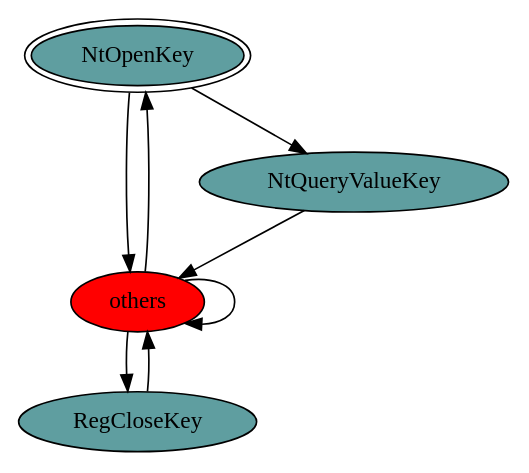
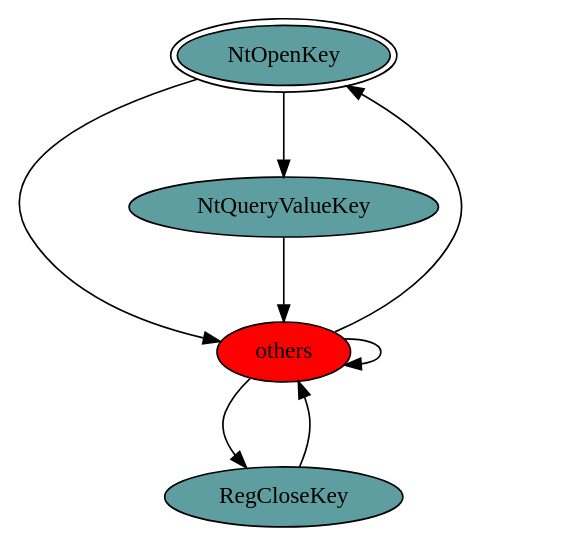
Before and after one commit to reverseame/windows-behavior-catalog: the diagram in [OC0008] Operating System/[C0036] Registry/[C0036.003] Open Registry Key/gv/RegOpenCurrentUser.exe_5408_Registry_API_per_Category_Transition_Matrix.gv, drawn with Graphviz. The commit also changed 220 other files, not shown here.

```diff
--- a/[OC0008] Operating System/[C0036] Registry/[C0036.003] Open Registry Key/gv/RegOpenCurrentUser.exe_5408_Registry_API_per_Category_Transition_Matrix.gv
+++ b/[OC0008] Operating System/[C0036] Registry/[C0036.003] Open Registry Key/gv/RegOpenCurrentUser.exe_5408_Registry_API_per_Category_Transition_Matrix.gv
@@ -1,13 +1,13 @@
 digraph "./REPORTS/6726/API_PER_CATEGORY/RegOpenCurrentUser.exe_5408_Registry_API_per_Category_Transition_Matrix" {
 	NtOpenKey [label=NtOpenKey fillcolor=cadetblue peripheries=2 style=filled]
 	others [label=others fillcolor=red style=filled]
-	NtOpenKey -> others [label=""]
+	NtOpenKey -> others [label=0.3333 fontcolor=white]
 	NtQueryValueKey [label=NtQueryValueKey fillcolor=cadetblue style=filled]
-	NtOpenKey -> NtQueryValueKey [label=""]
-	others -> NtOpenKey [label=""]
-	others -> others [label=""]
+	NtOpenKey -> NtQueryValueKey [label=0.6667 fontcolor=white]
+	others -> NtOpenKey [label=0.0294 fontcolor=white]
+	others -> others [label=0.9559 fontcolor=white]
 	RegCloseKey [label=RegCloseKey fillcolor=cadetblue style=filled]
-	others -> RegCloseKey [label=""]
-	RegCloseKey -> others [label=""]
-	NtQueryValueKey -> others [label=""]
+	others -> RegCloseKey [label=0.0147 fontcolor=white]
+	RegCloseKey -> others [label=1.0 fontcolor=white]
+	NtQueryValueKey -> others [label=1.0 fontcolor=white]
 }
```
